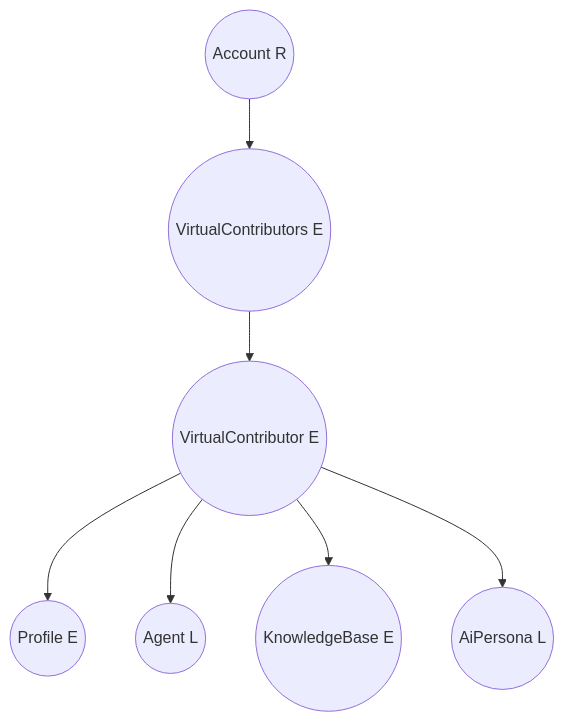
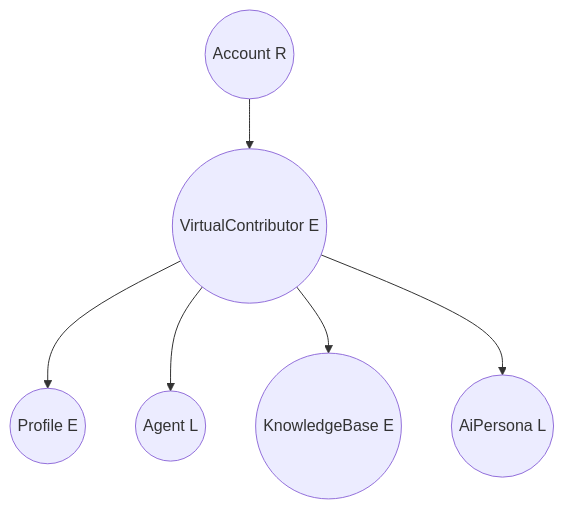
Before and after one commit to alkem-io/server: the seventh of 12 diagrams in docs/authorization-forest.md, drawn with Mermaid. The commit also changed other lines of this file and 1 other file, not shown here.

````diff
--- a/docs/authorization-forest.md
+++ b/docs/authorization-forest.md
@@ -153,10 +153,9 @@
 ```mermaid
 graph TD
-	Account((Account R)) --> AccountVirtualContributors((VirtualContributors E))
-	AccountVirtualContributors --> VC((VirtualContributor E))
+	Account((Account R)) --> VC((VirtualContributor E))
 	VC --> VCProfile((Profile E))
 	VC --> VCAgent((Agent L))
 	VC --> VCKnowledgeBase((KnowledgeBase E))
 	VC --> VCAiPersona((AiPersona L))
 	%% KnowledgeBase branch expanded below
 ```
````
